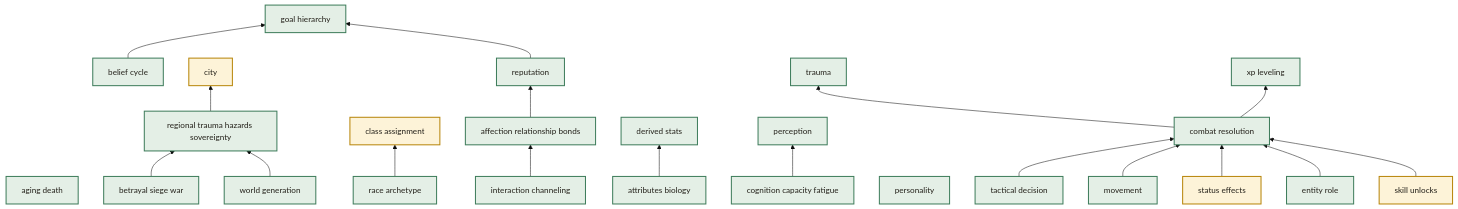
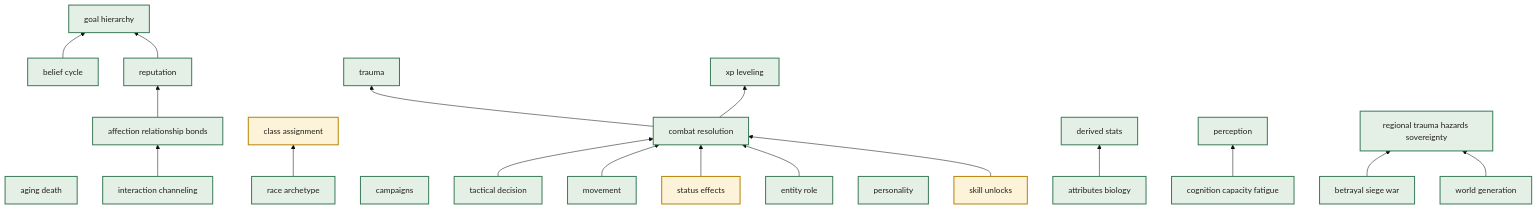
One commit to ttnhan18062000/rpg-based-simulation changed the diagram in docs/brainstorm/mechanism_priority_view.md. Above: the diagram before and after it, drawn with Mermaid (base theme). The commit also changed other lines of this file and 12 other files, not shown here.

````diff
--- a/docs/brainstorm/mechanism_priority_view.md
+++ b/docs/brainstorm/mechanism_priority_view.md
@@ -44,53 +44,52 @@
 ```mermaid
 flowchart BT
     classDef done fill:#e4efe6,stroke:#3f7d5c,stroke-width:2px,color:#232019
     classDef partial fill:#fdf3d8,stroke:#b8860b,stroke-width:2px,color:#232019
     classDef gap fill:#f7e4e1,stroke:#b0392f,stroke-width:2px,color:#232019
     classDef orphan fill:#f7e4e1,stroke:#b0392f,stroke-width:2px,stroke-dasharray: 2 2,color:#232019
     classDef gated fill:#f7ecd2,stroke:#9a6b0c,stroke-width:2px,stroke-dasharray: 3 3,color:#232019
     classDef skeleton fill:#eee,stroke:#888,stroke-width:1px,stroke-dasharray: 1 3,color:#232019
 
     affection_relationship_bonds["affection relationship bonds"]:::done
     aging_death["aging death"]:::done
     attributes_biology["attributes biology"]:::done
     belief_cycle["belief cycle"]:::done
     betrayal_siege_war["betrayal siege war"]:::done
-    city["city"]:::partial
+    campaigns["campaigns"]:::done
     class_assignment["class assignment"]:::partial
     cognition_capacity_fatigue["cognition capacity fatigue"]:::done
     combat_resolution["combat resolution"]:::done
     derived_stats["derived stats"]:::done
     entity_role["entity role"]:::done
     goal_hierarchy["goal hierarchy"]:::done
     interaction_channeling["interaction channeling"]:::done
     movement["movement"]:::done
     perception["perception"]:::done
     personality["personality"]:::done
     race_archetype["race archetype"]:::done
     regional_trauma_hazards_sovereignty["regional trauma hazards sovereignty"]:::done
     reputation["reputation"]:::done
     skill_unlocks["skill unlocks"]:::partial
     status_effects["status effects"]:::partial
     tactical_decision["tactical decision"]:::done
     trauma["trauma"]:::done
     world_generation["world generation"]:::done
     xp_leveling["xp leveling"]:::done
 
     interaction_channeling --> affection_relationship_bonds
-    regional_trauma_hazards_sovereignty --> city
     race_archetype --> class_assignment
     tactical_decision --> combat_resolution
     movement --> combat_resolution
     status_effects --> combat_resolution
     entity_role --> combat_resolution
     skill_unlocks --> combat_resolution
     attributes_biology --> derived_stats
     belief_cycle --> goal_hierarchy
     reputation --> goal_hierarchy
     cognition_capacity_fatigue --> perception
     betrayal_siege_war --> regional_trauma_hazards_sovereignty
     world_generation --> regional_trauma_hazards_sovereignty
     affection_relationship_bonds --> reputation
     combat_resolution --> trauma
     combat_resolution --> xp_leveling
 ```
````
